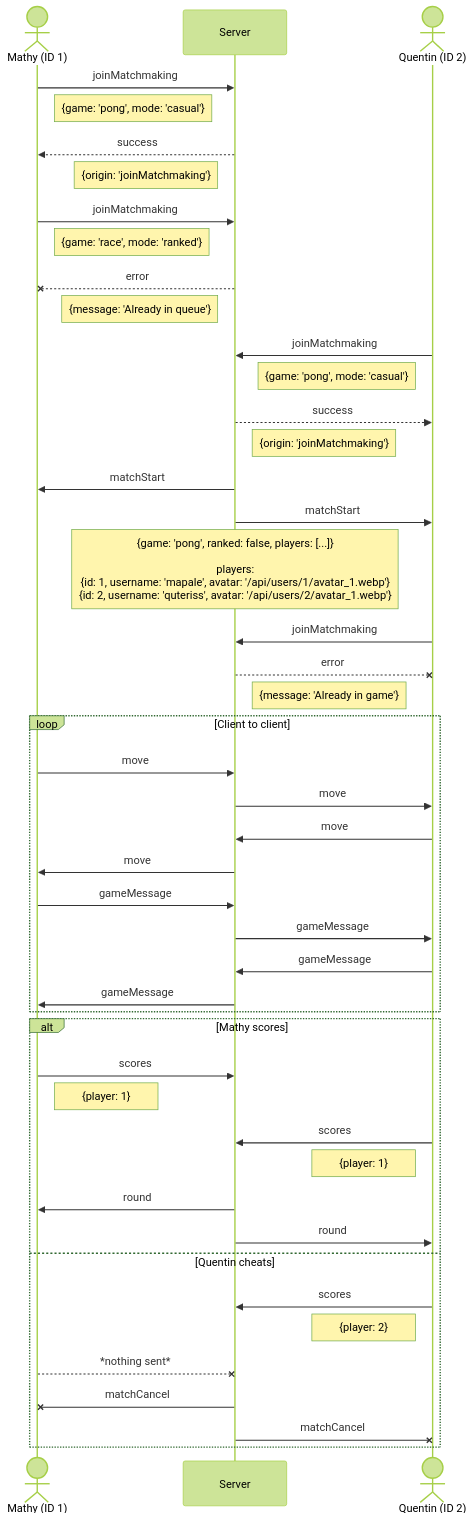
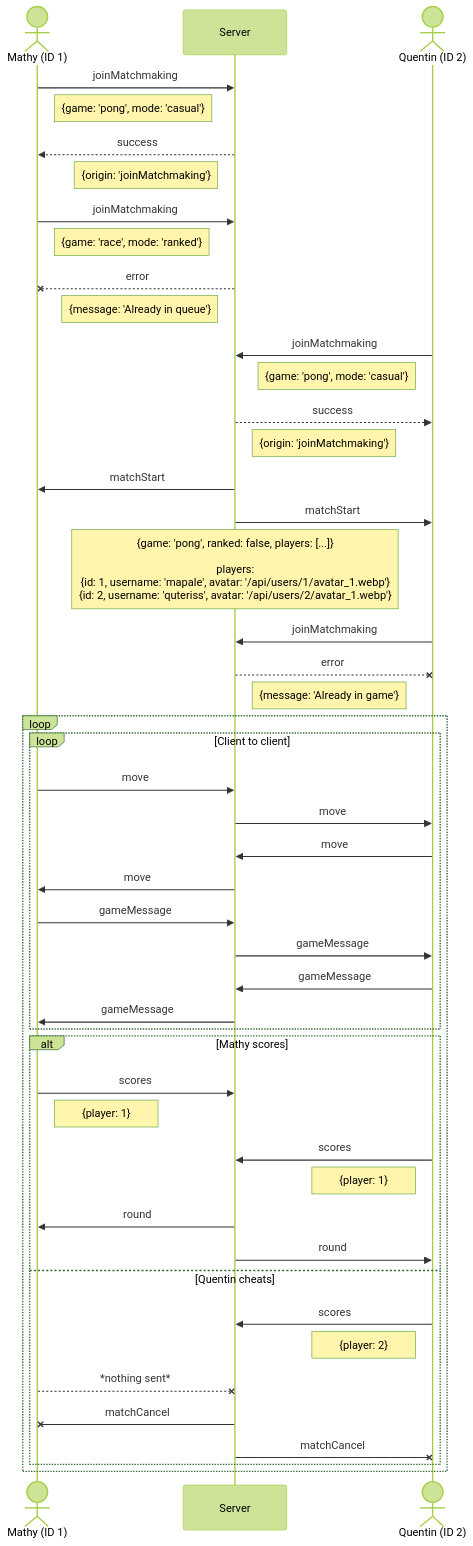
One commit to deydoux/42cursus-ft_transcendence changed the diagram in docs/WebSocket/match.md. Above: the diagram before and after it, drawn with Mermaid (forest theme).

Commit message:
docs: format sequence diagram for client interactions in matchmaking

````diff
--- a/docs/WebSocket/match.md
+++ b/docs/WebSocket/match.md
@@ -1,56 +1,58 @@
 ```mermaid
 sequenceDiagram
   actor m as Mathy (ID 1)
   participant s as Server
   actor q as Quentin (ID 2)
 
   m ->> s: joinMatchmaking
   Note right of m: {game: 'pong', mode: 'casual'}
   s -->> m: success
   Note left of s: {origin: 'joinMatchmaking'}
 
   m ->> s: joinMatchmaking
   Note right of m: {game: 'race', mode: 'ranked'}
   s --x m: error
   Note left of s: {message: 'Already in queue'}
 
   q ->> s: joinMatchmaking
   Note left of q: {game: 'pong', mode: 'casual'}
   s -->> q: success
   Note right of s: {origin: 'joinMatchmaking'}
 
   s ->> m: matchStart
   s ->> q: matchStart
   Note over s: {game: 'pong', ranked: false, players: [...]}<br><br> players:<br>{id: 1, username: 'mapale', avatar: '/api/users/1/avatar_1.webp'}<br>{id: 2, username: 'quteriss', avatar: '/api/users/2/avatar_1.webp'}
 
   q ->> s: joinMatchmaking
   s --x q: error
   Note right of s: {message: 'Already in game'}
 
-  loop Client to client
-    m ->> s: move
-    s ->> q: move
-    q ->> s: move
-    s ->> m: move
+  loop
+    loop Client to client
+      m ->> s: move
+      s ->> q: move
+      q ->> s: move
+      s ->> m: move
 
-    m ->> s: gameMessage
-    s ->> q: gameMessage
-    q ->> s: gameMessage
-    s ->> m: gameMessage
-  end
+      m ->> s: gameMessage
+      s ->> q: gameMessage
+      q ->> s: gameMessage
+      s ->> m: gameMessage
+    end
 
-  alt Mathy scores
-    m ->> s: scores
-    Note right of m: {player: 1}
-    q ->> s: scores
-    Note left of q: {player: 1}
-    s ->> m: round
-    s ->> q: round
-  else Quentin cheats
-    q ->> s: scores
-    Note left of q: {player: 2}
-    m --x s: *nothing sent*
-    s -x m: matchCancel
-    s -x q: matchCancel
+    alt Mathy scores
+      m ->> s: scores
+      Note right of m: {player: 1}
+      q ->> s: scores
+      Note left of q: {player: 1}
+      s ->> m: round
+      s ->> q: round
+    else Quentin cheats
+      q ->> s: scores
+      Note left of q: {player: 2}
+      m --x s: *nothing sent*
+      s -x m: matchCancel
+      s -x q: matchCancel
+    end
   end
 ```
````
